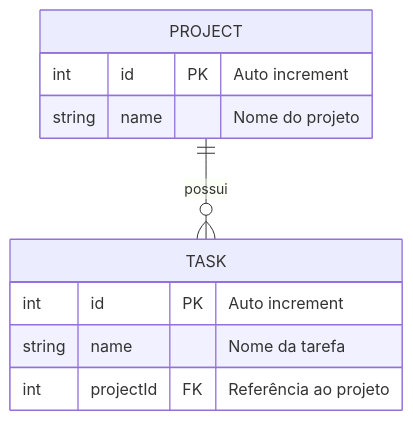
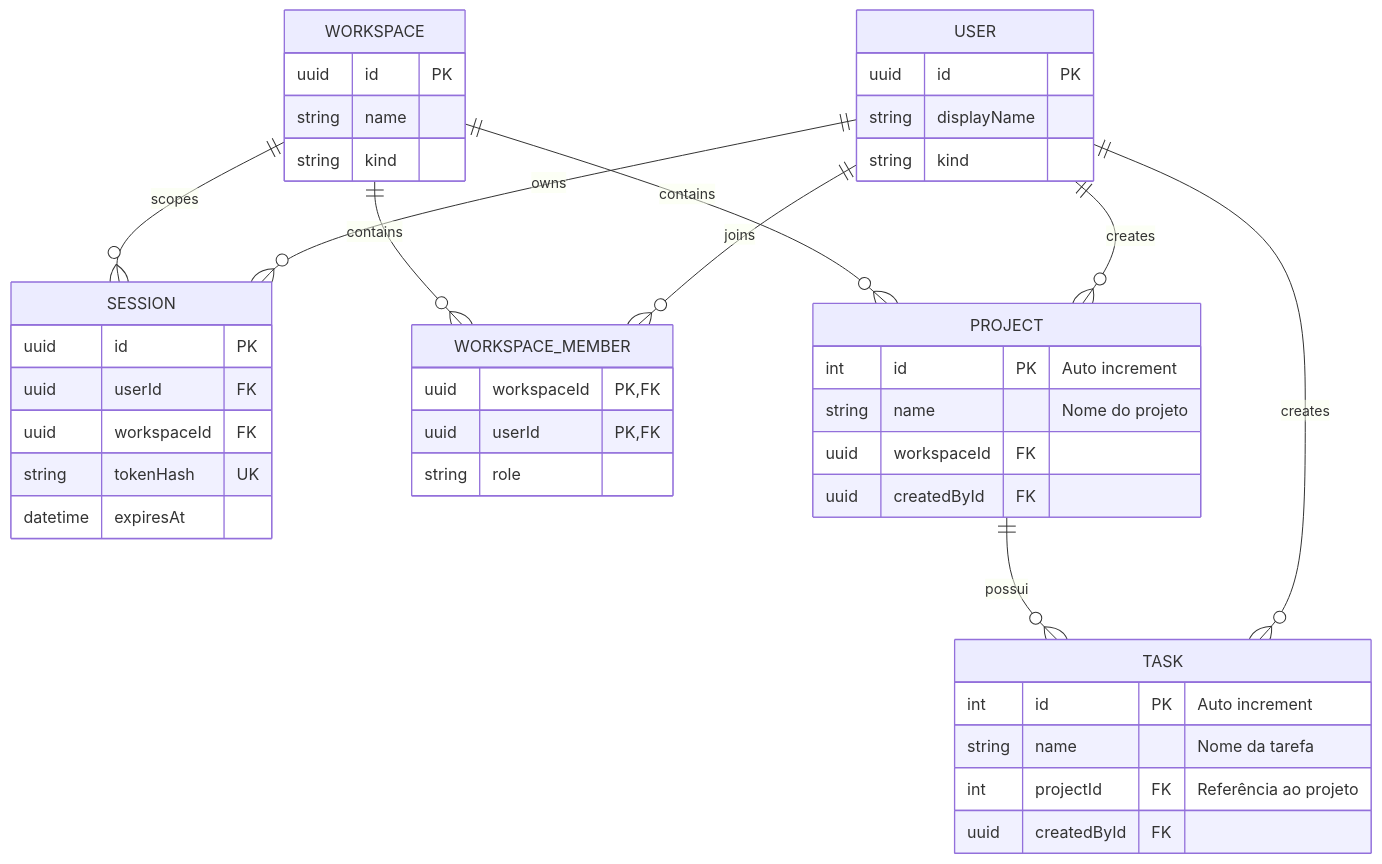
One commit to Pablo-Francisco-Moura/Task-Manager changed the diagram in README.md. Above: the diagram before and after it, drawn with Mermaid. The commit also changed other lines of this file and 1 other file, not shown here.

Commit message:
📚 Docs: document guest workspace scope

````diff
--- a/README.md
+++ b/README.md
@@ -19,15 +19,51 @@
 ```mermaid
 erDiagram
+   USER {
+      uuid id PK
+      string displayName
+      string kind
+   }
+
+   SESSION {
+      uuid id PK
+      uuid userId FK
+      uuid workspaceId FK
+      string tokenHash UK
+      datetime expiresAt
+   }
+
+   WORKSPACE {
+      uuid id PK
+      string name
+      string kind
+   }
+
+   WORKSPACE_MEMBER {
+      uuid workspaceId PK, FK
+      uuid userId PK, FK
+      string role
+   }
+
     PROJECT {
         int id PK "Auto increment"
         string name "Nome do projeto"
+      uuid workspaceId FK
+      uuid createdById FK
     }
 
     TASK {
         int id PK "Auto increment"
         string name "Nome da tarefa"
         int projectId FK "Referência ao projeto"
+      uuid createdById FK
     }
 
+   USER ||--o{ SESSION : owns
+   WORKSPACE ||--o{ SESSION : scopes
+   USER ||--o{ WORKSPACE_MEMBER : joins
+   WORKSPACE ||--o{ WORKSPACE_MEMBER : contains
+   USER ||--o{ PROJECT : creates
+   USER ||--o{ TASK : creates
+   WORKSPACE ||--o{ PROJECT : contains
     PROJECT ||--o{ TASK : "possui"
 ```
````
